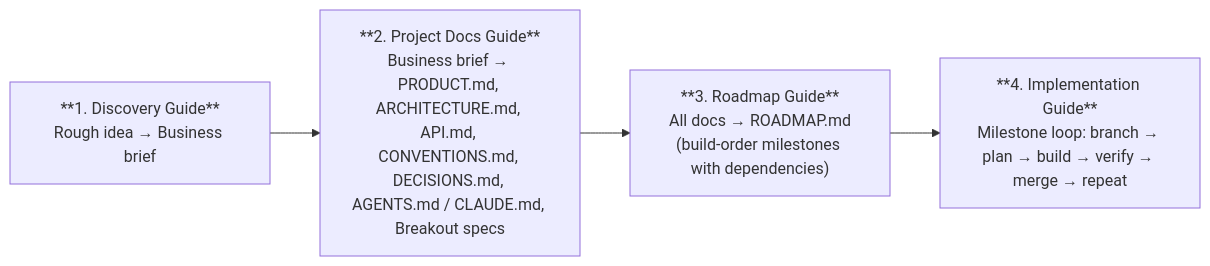
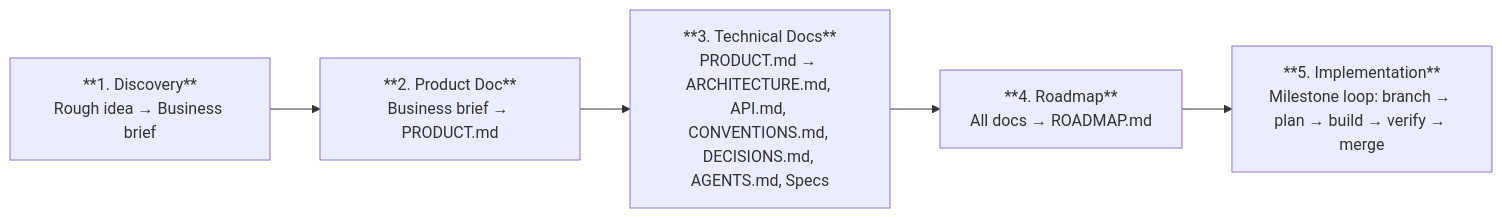
The diagram in README.md (tatejennings/claude-project-starter), drawn with Mermaid before and after one commit. The commit also changed other lines of this file and 6 other files, not shown here.

First line of the commit message:
Enhance project documentation and add new files for technical guidance

````diff
--- a/README.md
+++ b/README.md
@@ -17,8 +17,9 @@
 ```mermaid
 flowchart LR
-  A["**1. Discovery Guide**<br/>Rough idea → Business brief"]
-  B["**2. Project Docs Guide**<br/>Business brief → PRODUCT.md, ARCHITECTURE.md, API.md, CONVENTIONS.md, DECISIONS.md, AGENTS.md / CLAUDE.md, Breakout specs"]
-  C["**3. Roadmap Guide**<br/>All docs → ROADMAP.md<br/>(build-order milestones with dependencies)"]
-  D["**4. Implementation Guide**<br/>Milestone loop: branch → plan → build → verify → merge → repeat"]
-  A --> B --> C --> D
+  A["**1. Discovery**<br/>Rough idea → Business brief"]
+  B["**2. Product Doc**<br/>Business brief → PRODUCT.md"]
+  C["**3. Technical Docs**<br/>PRODUCT.md → ARCHITECTURE.md, API.md, CONVENTIONS.md, DECISIONS.md, AGENTS.md, Specs"]
+  D["**4. Roadmap**<br/>All docs → ROADMAP.md"]
+  E["**5. Implementation**<br/>Milestone loop: branch → plan → build → verify → merge"]
+  A --> B --> C --> D --> E
 ```
````
